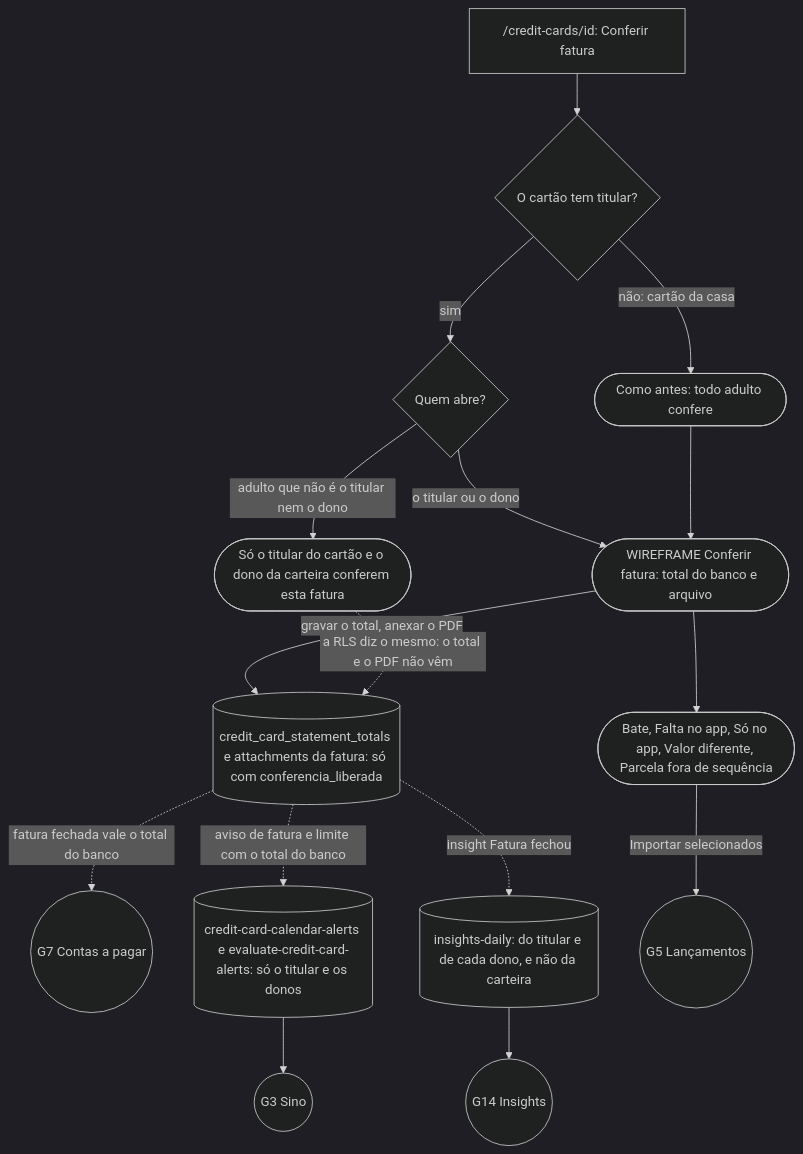
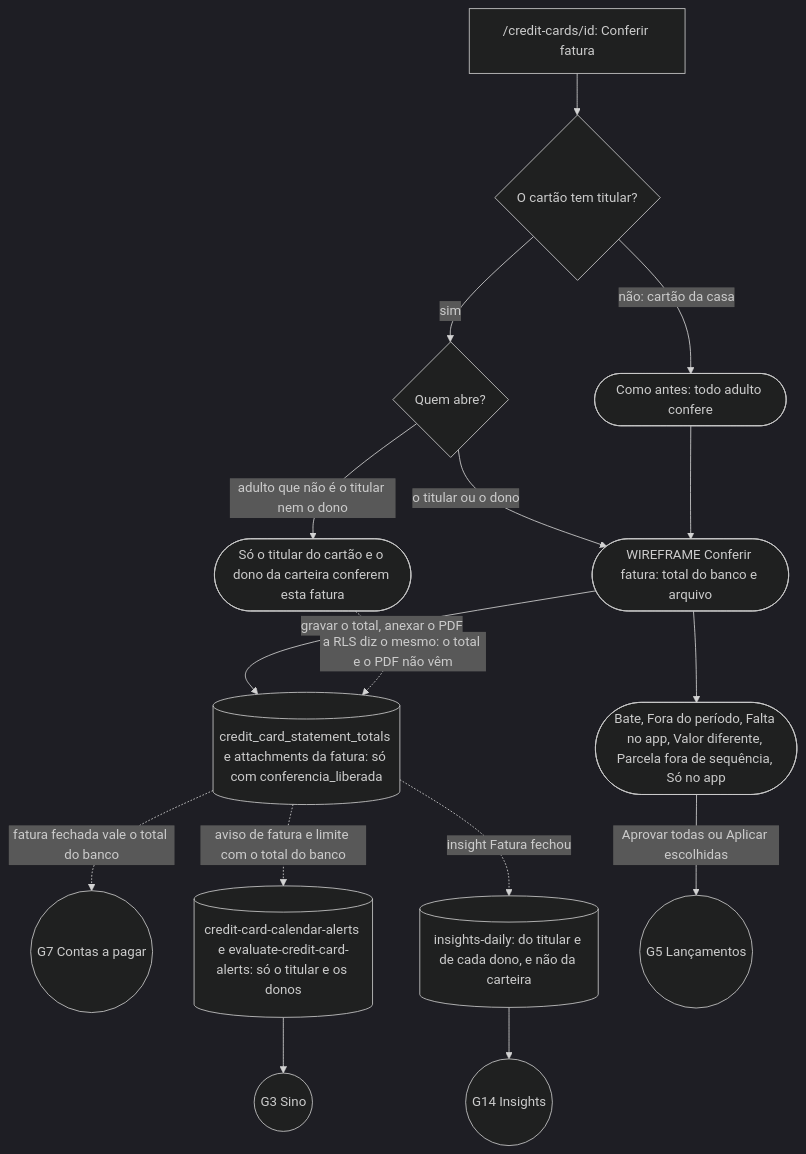
Diagram 26 of 32 in docs/JORNADAS.md (kauax2000/finance_app), drawn with Mermaid before and after one commit. The commit also changed 1 other file, not shown here.

Commit message:
docs(jornadas): a jornada do titular segue o conferir com correções

````diff
--- a/docs/JORNADAS.md
+++ b/docs/JORNADAS.md
@@ -1879,19 +1879,19 @@
 ```mermaid
 %%{init: {"theme": "dark"}}%%
 flowchart TD
     detalhe["/credit-cards/id: Conferir fatura"] --> comTitular{"O cartão tem titular?"}
     comTitular -->|"não: cartão da casa"| aberta(["Como antes: todo adulto confere"])
     comTitular -->|"sim"| quem{"Quem abre?"}
     quem -->|"adulto que não é o titular nem o dono"| fechada(["Só o titular do cartão e o dono da carteira conferem esta fatura"])
     quem -->|"o titular ou o dono"| confere(["WIREFRAME Conferir fatura: total do banco e arquivo"])
     aberta --> confere
     confere -->|"gravar o total, anexar o PDF"| totais[("credit_card_statement_totals e attachments da fatura: só com conferencia_liberada")]
-    confere --> grupos(["Bate, Falta no app, Só no app, Valor diferente, Parcela fora de sequência"])
+    confere --> grupos(["Bate, Fora do período, Falta no app, Valor diferente, Parcela fora de sequência, Só no app"])
     fechada -.->|"a RLS diz o mesmo: o total e o PDF não vêm"| totais
     totais -.->|"fatura fechada vale o total do banco"| G7(("G7 Contas a pagar"))
     totais -.->|"aviso de fatura e limite com o total do banco"| avisos[("credit-card-calendar-alerts e evaluate-credit-card-alerts: só o titular e os donos")]
     avisos --> G3(("G3 Sino"))
     totais -.->|"insight Fatura fechou"| fechou[("insights-daily: do titular e de cada dono, e não da carteira")]
     fechou --> G14(("G14 Insights"))
-    grupos -->|"Importar selecionados"| G5(("G5 Lançamentos"))
+    grupos -->|"Aprovar todas ou Aplicar escolhidas"| G5(("G5 Lançamentos"))
 ```
````
